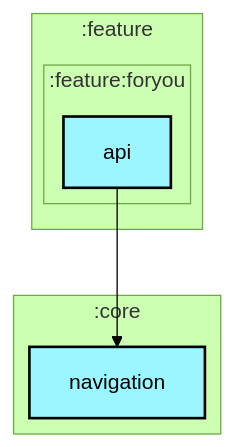
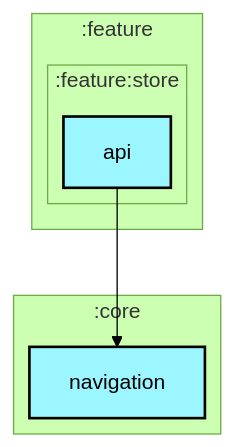
One commit to AshishMK/JetUpdates changed the first of 2 diagrams in feature/store/api/README.md. Above: the diagram before and after it, drawn with Mermaid (forest theme). The commit also changed 15 other files, not shown here.

Commit message:
feat: hideBottomBar logic All pull requests completed after PR # 2003Migrate project to Jetpack Navigation 3 to PR #2100 Update README graphs with correct datastore-proto plugin

````diff
--- a/feature/store/api/README.md
+++ b/feature/store/api/README.md
@@ -6,29 +6,29 @@
 ```mermaid
 ---
 config:
   layout: elk
   elk:
     nodePlacementStrategy: SIMPLE
 ---
 graph TB
   subgraph :feature
     direction TB
-    subgraph :feature:foryou
+    subgraph :feature:store
       direction TB
-      :feature:foryou:api[api]:::android-library
+      :feature:store:api[api]:::android-library
     end
   end
   subgraph :core
     direction TB
     :core:navigation[navigation]:::android-library
   end
 
-  :feature:foryou:api --> :core:navigation
+  :feature:store:api --> :core:navigation
 
 classDef android-application fill:#CAFFBF,stroke:#000,stroke-width:2px,color:#000;
 classDef android-feature fill:#FFD6A5,stroke:#000,stroke-width:2px,color:#000;
 classDef android-library fill:#9BF6FF,stroke:#000,stroke-width:2px,color:#000;
 classDef android-test fill:#A0C4FF,stroke:#000,stroke-width:2px,color:#000;
 classDef jvm-library fill:#BDB2FF,stroke:#000,stroke-width:2px,color:#000;
 classDef unknown fill:#FFADAD,stroke:#000,stroke-width:2px,color:#000;
 ```
````
